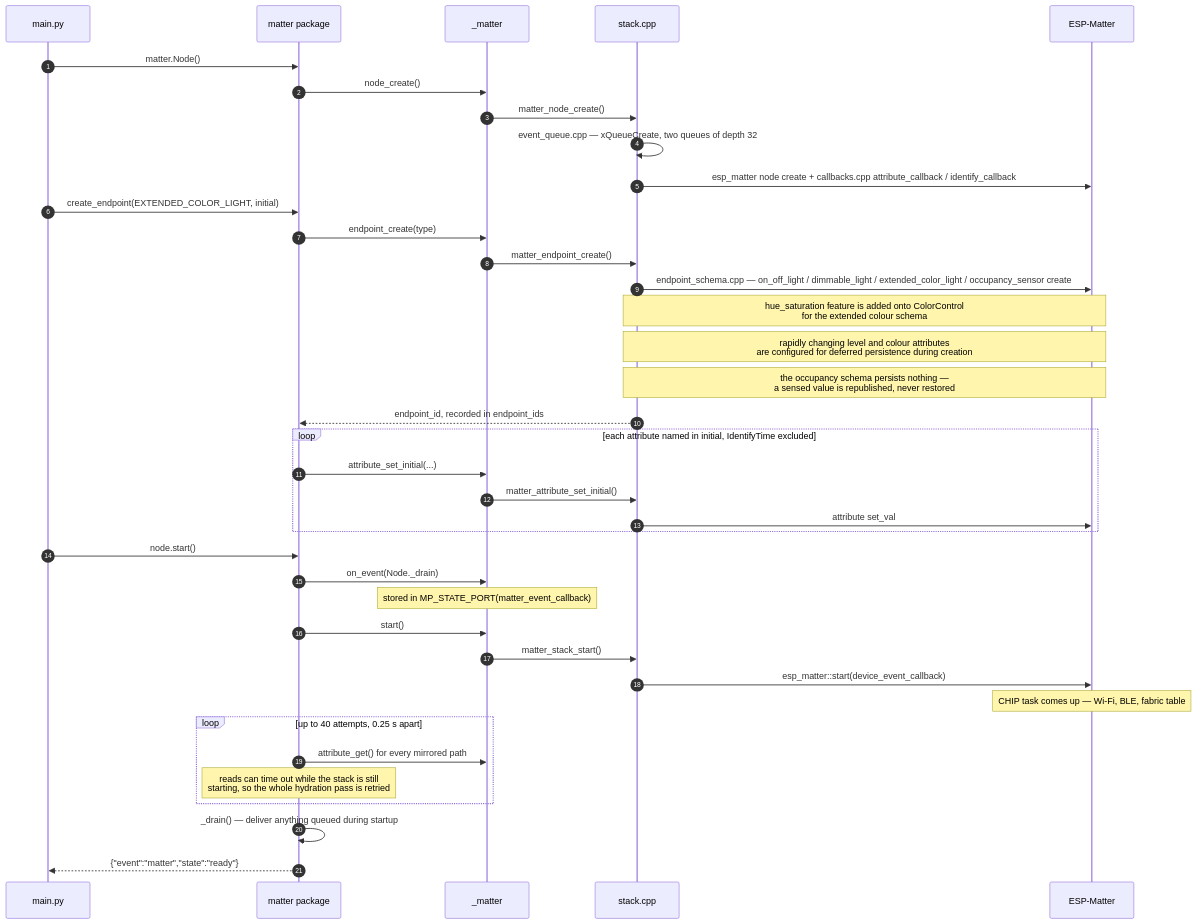
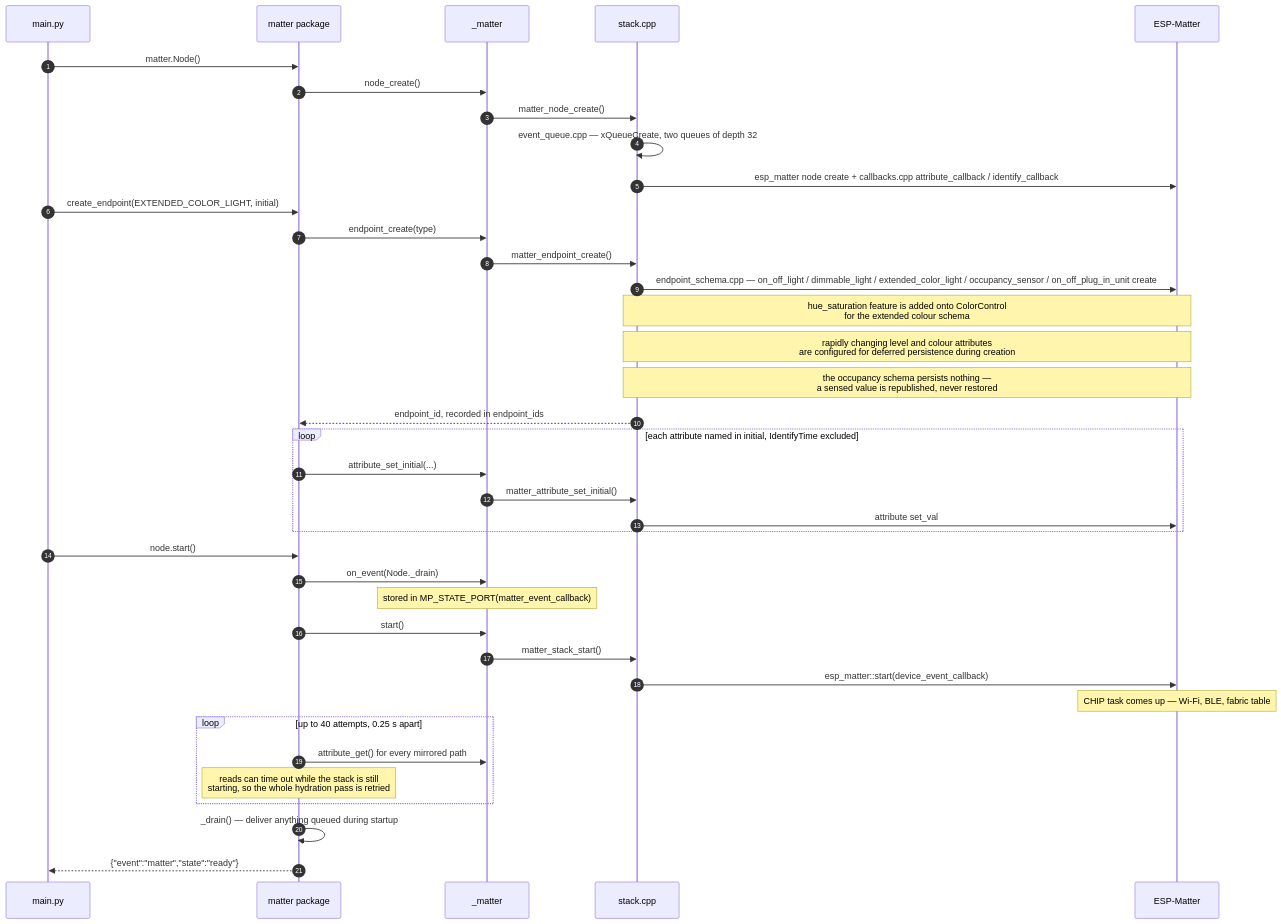
Before and after one commit to khlam/micropython-boardfarm: the second of 5 diagrams in firmware-packages/matter/ARCHITECTURE.md, drawn with Mermaid. The commit also changed other lines of this file and 11 other files, not shown here.

````diff
--- a/firmware-packages/matter/ARCHITECTURE.md
+++ b/firmware-packages/matter/ARCHITECTURE.md
@@ -75,43 +75,43 @@
 ```mermaid
 sequenceDiagram
     autonumber
     participant app as main.py
     participant py as matter package
     participant mod as _matter
     participant st as stack.cpp
     participant esp as ESP-Matter
 
     app->>py: matter.Node()
     py->>mod: node_create()
     mod->>st: matter_node_create()
     st->>st: event_queue.cpp — xQueueCreate, two queues of depth 32
     st->>esp: esp_matter node create + callbacks.cpp attribute_callback / identify_callback
 
     app->>py: create_endpoint(EXTENDED_COLOR_LIGHT, initial)
     py->>mod: endpoint_create(type)
     mod->>st: matter_endpoint_create()
-    st->>esp: endpoint_schema.cpp — on_off_light / dimmable_light / extended_color_light / occupancy_sensor create
+    st->>esp: endpoint_schema.cpp — on_off_light / dimmable_light / extended_color_light / occupancy_sensor / on_off_plug_in_unit create
     Note over st,esp: hue_saturation feature is added onto ColorControl<br/>for the extended colour schema
     Note over st,esp: rapidly changing level and colour attributes<br/>are configured for deferred persistence during creation
     Note over st,esp: the occupancy schema persists nothing —<br/>a sensed value is republished, never restored
     st-->>py: endpoint_id, recorded in endpoint_ids
     loop each attribute named in initial, IdentifyTime excluded
         py->>mod: attribute_set_initial(...)
         mod->>st: matter_attribute_set_initial()
         st->>esp: attribute set_val
     end
 
     app->>py: node.start()
     py->>mod: on_event(Node._drain)
     Note over mod: stored in MP_STATE_PORT(matter_event_callback)
     py->>mod: start()
     mod->>st: matter_stack_start()
     st->>esp: esp_matter::start(device_event_callback)
     Note over esp: CHIP task comes up — Wi-Fi, BLE, fabric table
     loop up to 40 attempts, 0.25 s apart
         py->>mod: attribute_get() for every mirrored path
         Note over py: reads can time out while the stack is still<br/>starting, so the whole hydration pass is retried
     end
     py->>py: _drain() — deliver anything queued during startup
     py-->>app: {"event":"matter","state":"ready"}
 ```
````
